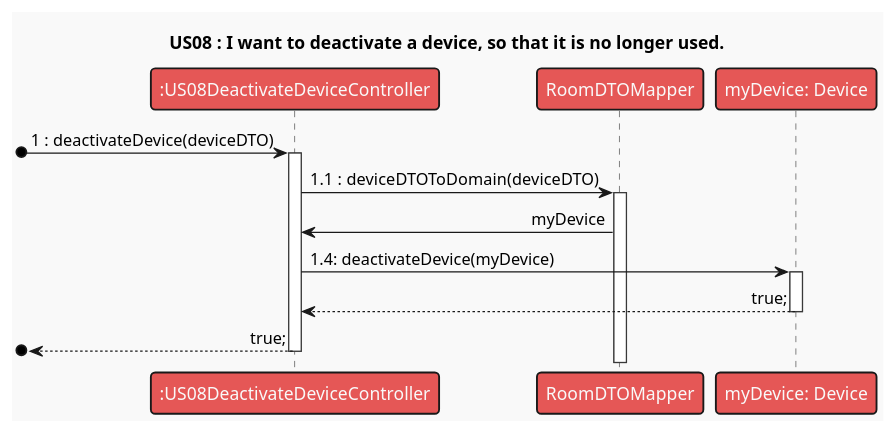
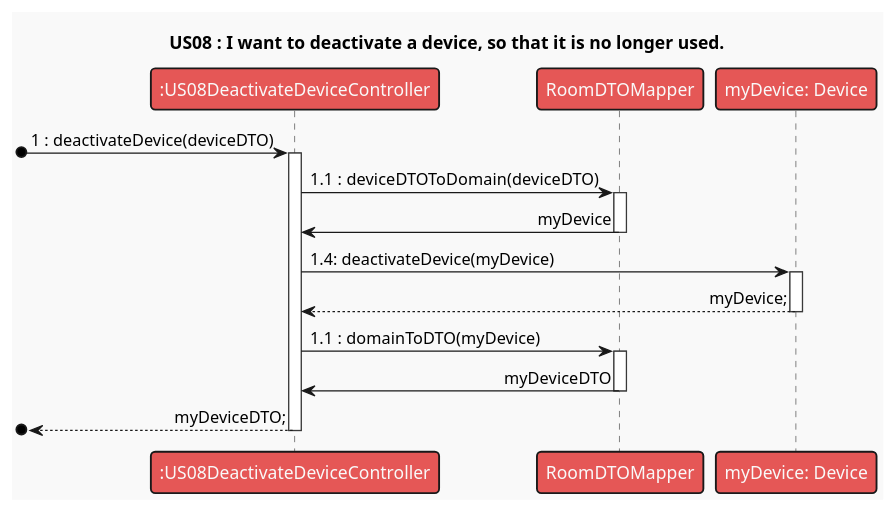
One commit to RicardoAraujoPT/SmartHome2 changed the diagram in src/main/java/pt/ipp/isep/dei/examples/basic/domain/SmartHome/UML/US08v2.puml. Above: the diagram before and after it, drawn with PlantUML.

Commit message:
Changed US02 Sequence diagram to return deviceDTO

```diff
--- a/src/main/java/pt/ipp/isep/dei/examples/basic/domain/SmartHome/UML/US08v2.puml
+++ b/src/main/java/pt/ipp/isep/dei/examples/basic/domain/SmartHome/UML/US08v2.puml
@@ -1,14 +1,16 @@
 @startuml
 'https://plantuml.com/sequence-diagram
 
 !theme mars
 skinparam sequenceMessageAlign direction
 
 title US08 : I want to deactivate a device, so that it is no longer used.
 [o-> ":US08DeactivateDeviceController" ++ : 1 : deactivateDevice(deviceDTO)
 ":US08DeactivateDeviceController"-> "RoomDTOMapper" ++ : 1.1 : deviceDTOToDomain(deviceDTO)
-"RoomDTOMapper"-> ":US08DeactivateDeviceController" : myDevice
+"RoomDTOMapper"-> ":US08DeactivateDeviceController" -- : myDevice
 ":US08DeactivateDeviceController" -> "myDevice: Device" ++: 1.4: deactivateDevice(myDevice)
-    "myDevice: Device" --> ":US08DeactivateDeviceController" --: true;
-[o<-- ":US08DeactivateDeviceController" --: true;
+    "myDevice: Device" --> ":US08DeactivateDeviceController" --: myDevice;
+":US08DeactivateDeviceController"-> "RoomDTOMapper" ++ : 1.1 : domainToDTO(myDevice)
+"RoomDTOMapper"-> ":US08DeactivateDeviceController" -- : myDeviceDTO
+[o<-- ":US08DeactivateDeviceController" --: myDeviceDTO;
 @enduml
```
